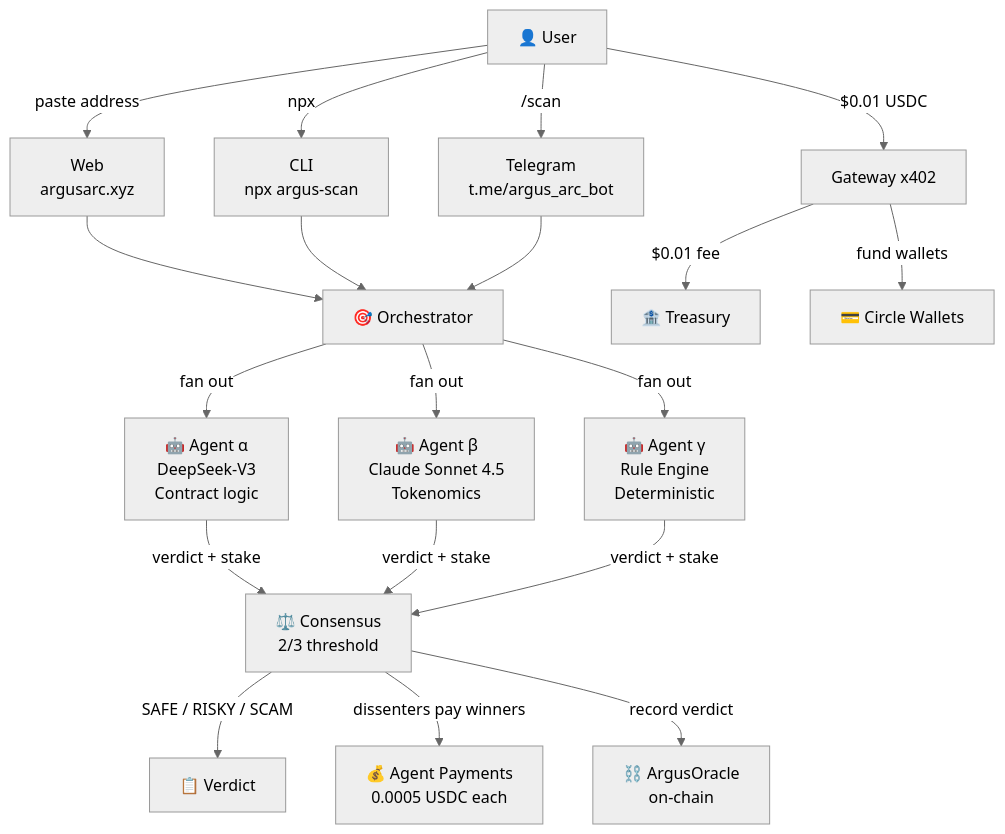
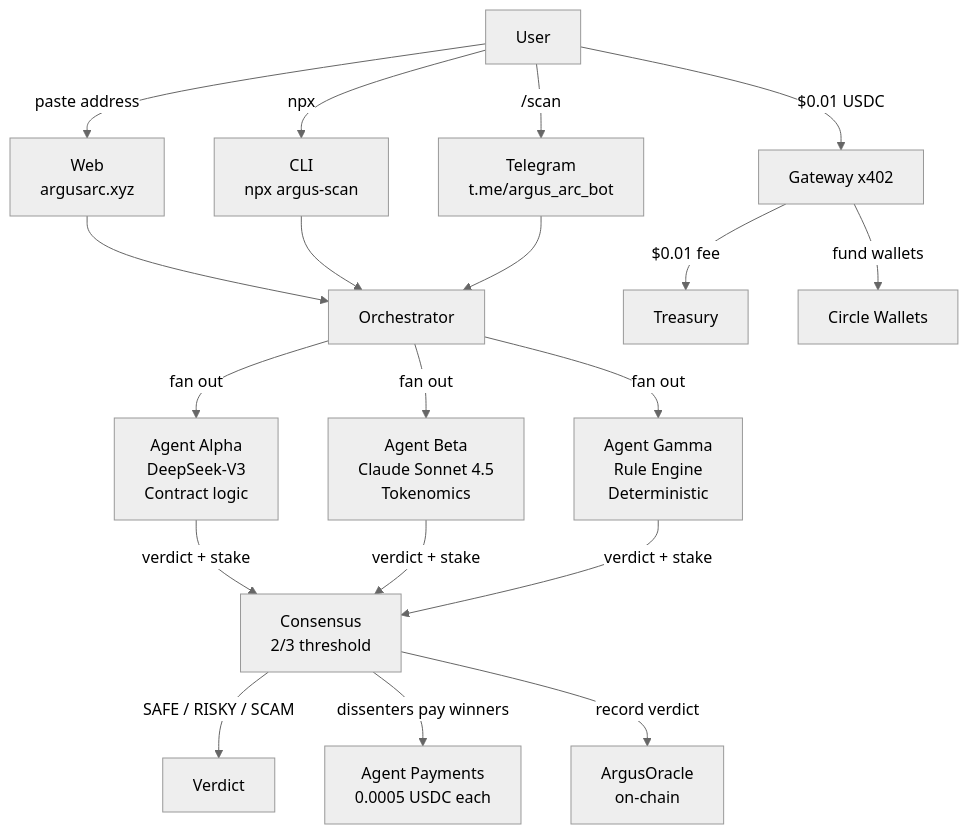
One commit to Gideon145/argus changed the diagram in README.md. Above: the diagram before and after it, drawn with Mermaid (neutral theme). The commit also changed other lines of this file and 1 other file, not shown here.

Commit message:
Update all numbers: 806 scans, .93 treasury, 125 users. Remove emojis from Mermaid diagram.

````diff
--- a/README.md
+++ b/README.md
@@ -86,26 +86,26 @@
 ```mermaid
 flowchart TB
-    U[👤 User] -->|$0.01 USDC| GW[Gateway x402]
+    U[User] -->|$0.01 USDC| GW[Gateway x402]
     U -->|paste address| WEB[Web<br/>argusarc.xyz]
     U -->|npx| CLI[CLI<br/>npx argus-scan]
     U -->|/scan| TG[Telegram<br/>t.me/argus_arc_bot]
 
-    WEB --> O[🎯 Orchestrator]
+    WEB --> O[Orchestrator]
     CLI --> O
     TG --> O
 
-    O -->|fan out| A[🤖 Agent α<br/>DeepSeek-V3<br/>Contract logic]
-    O -->|fan out| B[🤖 Agent β<br/>Claude Sonnet 4.5<br/>Tokenomics]
-    O -->|fan out| G[🤖 Agent γ<br/>Rule Engine<br/>Deterministic]
+    O -->|fan out| A[Agent Alpha<br/>DeepSeek-V3<br/>Contract logic]
+    O -->|fan out| B[Agent Beta<br/>Claude Sonnet 4.5<br/>Tokenomics]
+    O -->|fan out| G[Agent Gamma<br/>Rule Engine<br/>Deterministic]
 
-    A -->|verdict + stake| C[⚖️ Consensus<br/>2/3 threshold]
+    A -->|verdict + stake| C[Consensus<br/>2/3 threshold]
     B -->|verdict + stake| C
     G -->|verdict + stake| C
 
-    C -->|SAFE / RISKY / SCAM| R[📋 Verdict]
-    C -->|dissenters pay winners| P[💰 Agent Payments<br/>0.0005 USDC each]
-    C -->|record verdict| ORA[⛓️ ArgusOracle<br/>on-chain]
+    C -->|SAFE / RISKY / SCAM| R[Verdict]
+    C -->|dissenters pay winners| P[Agent Payments<br/>0.0005 USDC each]
+    C -->|record verdict| ORA[ArgusOracle<br/>on-chain]
 
-    GW -->|$0.01 fee| TR[🏦 Treasury]
-    GW -->|fund wallets| W[💳 Circle Wallets]
+    GW -->|$0.01 fee| TR[Treasury]
+    GW -->|fund wallets| W[Circle Wallets]
 ```
````
